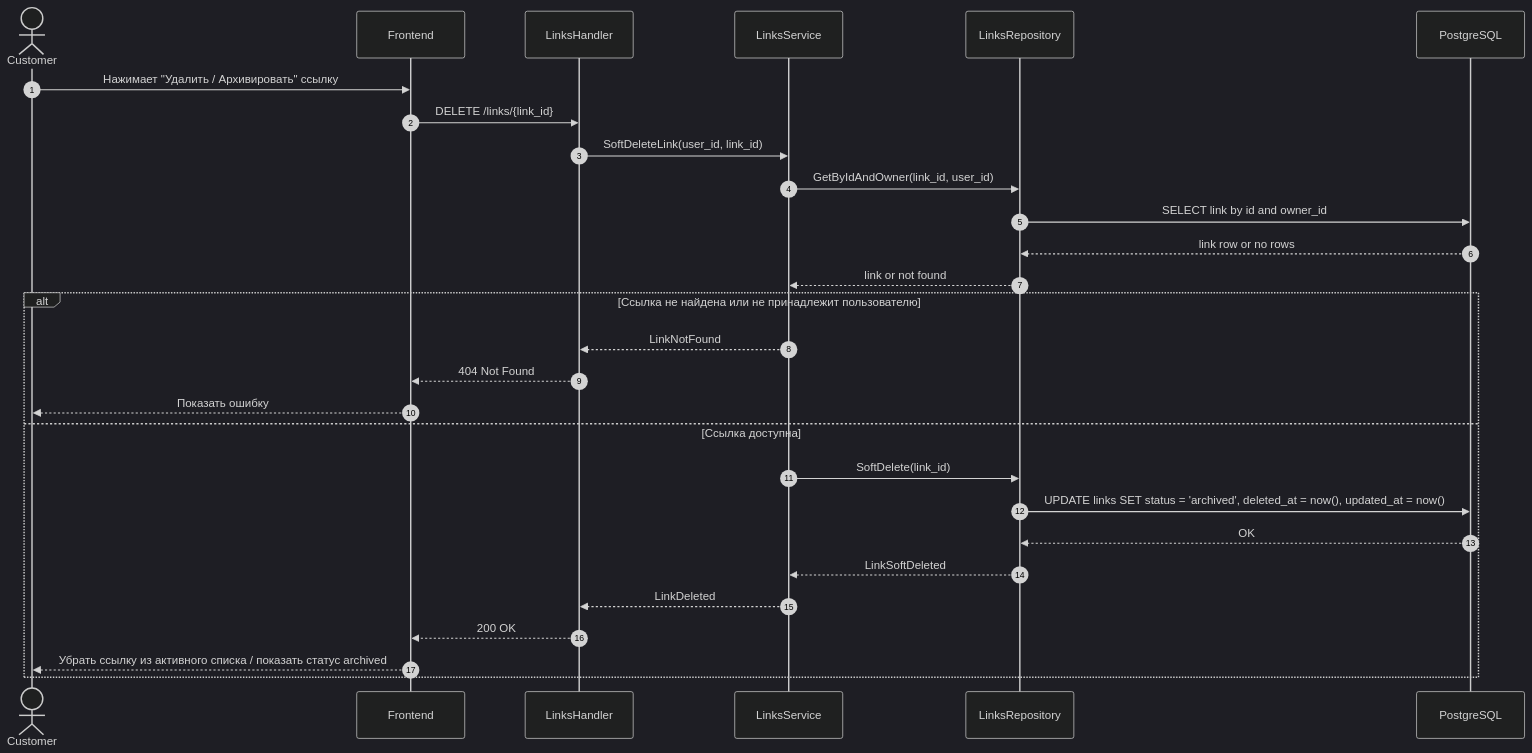
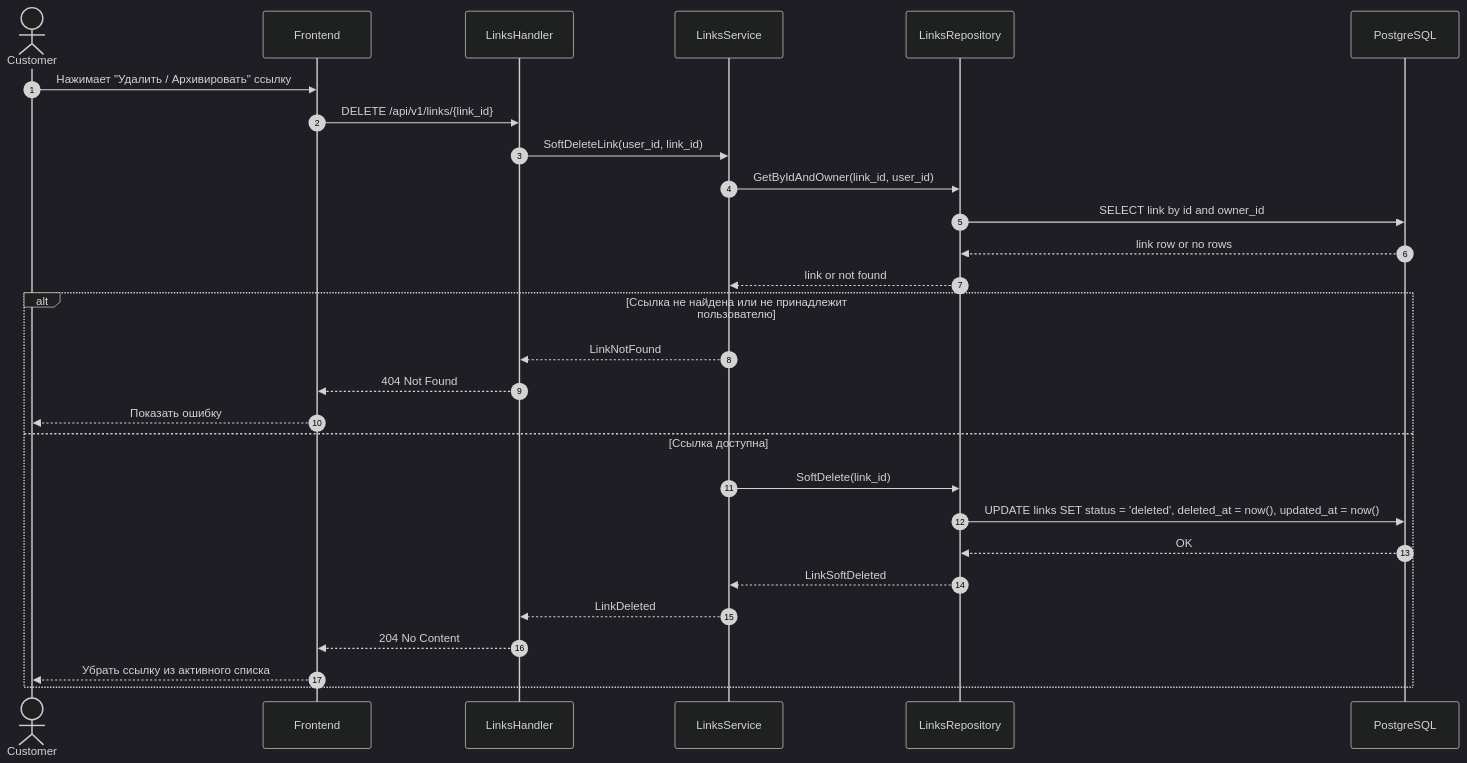
Before and after one commit to k3llone/TrackLink: the diagram in docs/Sequence/SD-13.md, drawn with Mermaid (dark theme). The commit also changed 33 other files, not shown here.

````diff
--- a/docs/Sequence/SD-13.md
+++ b/docs/Sequence/SD-13.md
@@ -3,36 +3,36 @@
 ```mermaid
 sequenceDiagram
     autonumber
 
     actor Customer
     participant FE as Frontend
     participant LH as LinksHandler
     participant LS as LinksService
     participant LR as LinksRepository
     participant DB as PostgreSQL
 
     Customer->>FE: Нажимает "Удалить / Архивировать" ссылку
-    FE->>LH: DELETE /links/{link_id}
+    FE->>LH: DELETE /api/v1/links/{link_id}
 
     LH->>LS: SoftDeleteLink(user_id, link_id)
 
     LS->>LR: GetByIdAndOwner(link_id, user_id)
     LR->>DB: SELECT link by id and owner_id
     DB-->>LR: link row or no rows
     LR-->>LS: link or not found
 
     alt Ссылка не найдена или не принадлежит пользователю
         LS-->>LH: LinkNotFound
         LH-->>FE: 404 Not Found
         FE-->>Customer: Показать ошибку
     else Ссылка доступна
         LS->>LR: SoftDelete(link_id)
-        LR->>DB: UPDATE links SET status = 'archived', deleted_at = now(), updated_at = now()
+        LR->>DB: UPDATE links SET status = 'deleted', deleted_at = now(), updated_at = now()
         DB-->>LR: OK
         LR-->>LS: LinkSoftDeleted
 
         LS-->>LH: LinkDeleted
-        LH-->>FE: 200 OK
-        FE-->>Customer: Убрать ссылку из активного списка / показать статус archived
+        LH-->>FE: 204 No Content
+        FE-->>Customer: Убрать ссылку из активного списка
     end
 ```
````
